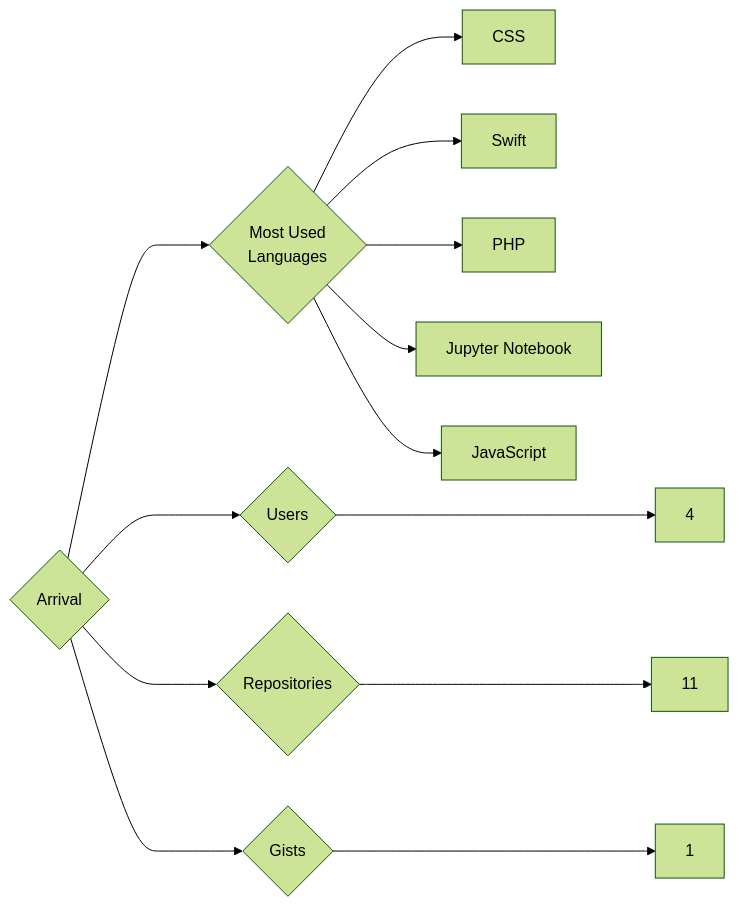
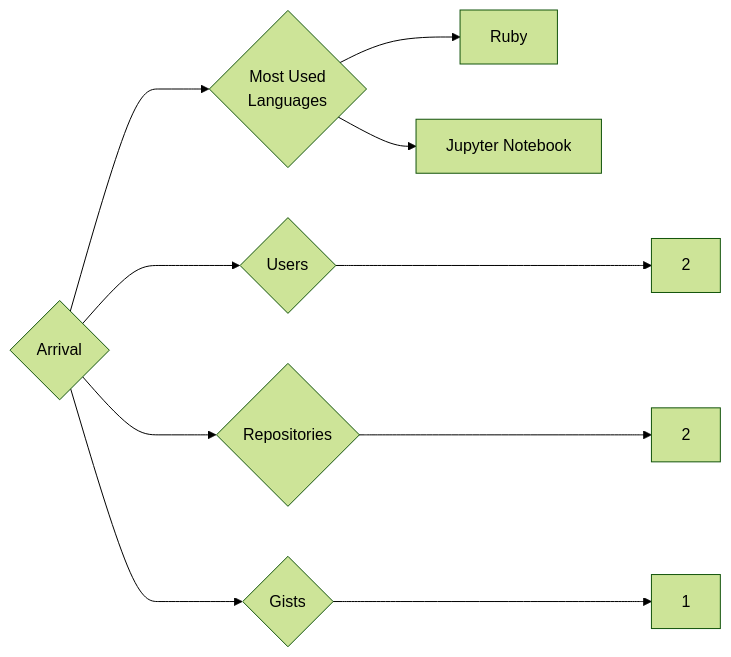
Before and after one commit to trickest/insiders: the diagram in targets/Arrival/README.md, drawn with Mermaid (forest theme). The commit also changed 953 other files, not shown here.

````diff
--- a/targets/Arrival/README.md
+++ b/targets/Arrival/README.md
@@ -3,13 +3,10 @@
 ```mermaid
 graph LR
 COMPANY_NAME{Arrival}
-COMPANY_NAME ---> U{Users} ---> UN[4]
-COMPANY_NAME ---> R{Repositories} ---> RN[11]
+COMPANY_NAME ---> U{Users} ---> UN[2]
+COMPANY_NAME ---> R{Repositories} ---> RN[2]
 COMPANY_NAME ---> G{Gists} ---> GN[1]
 COMPANY_NAME ---> ML{Most Used<br>Languages}
-ML --> CSS[CSS]
-ML --> Swift[Swift]
-ML --> PHP[PHP]
+ML --> Ruby[Ruby]
 ML --> Jupyter_Notebook[Jupyter Notebook]
-ML --> JavaScript[JavaScript]
 ```
````
